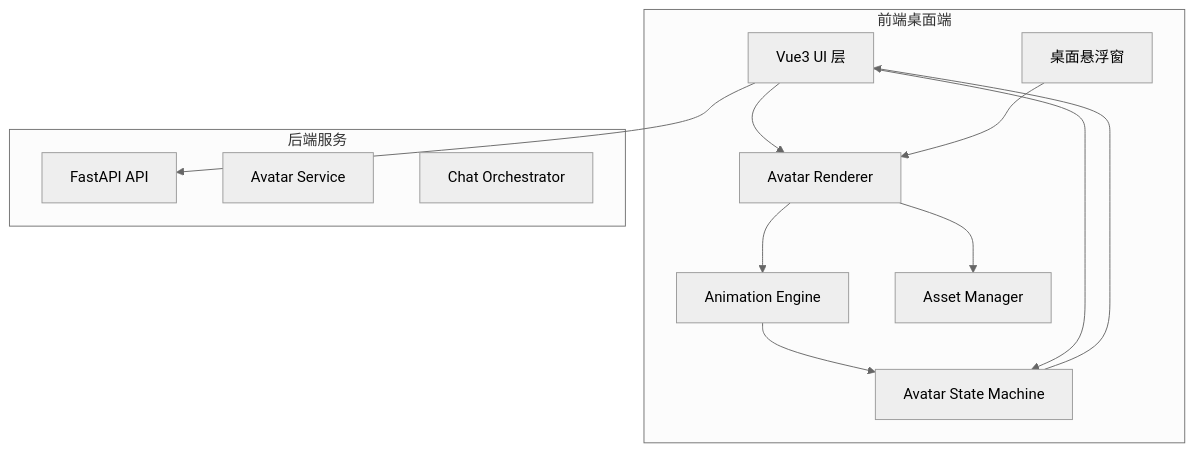
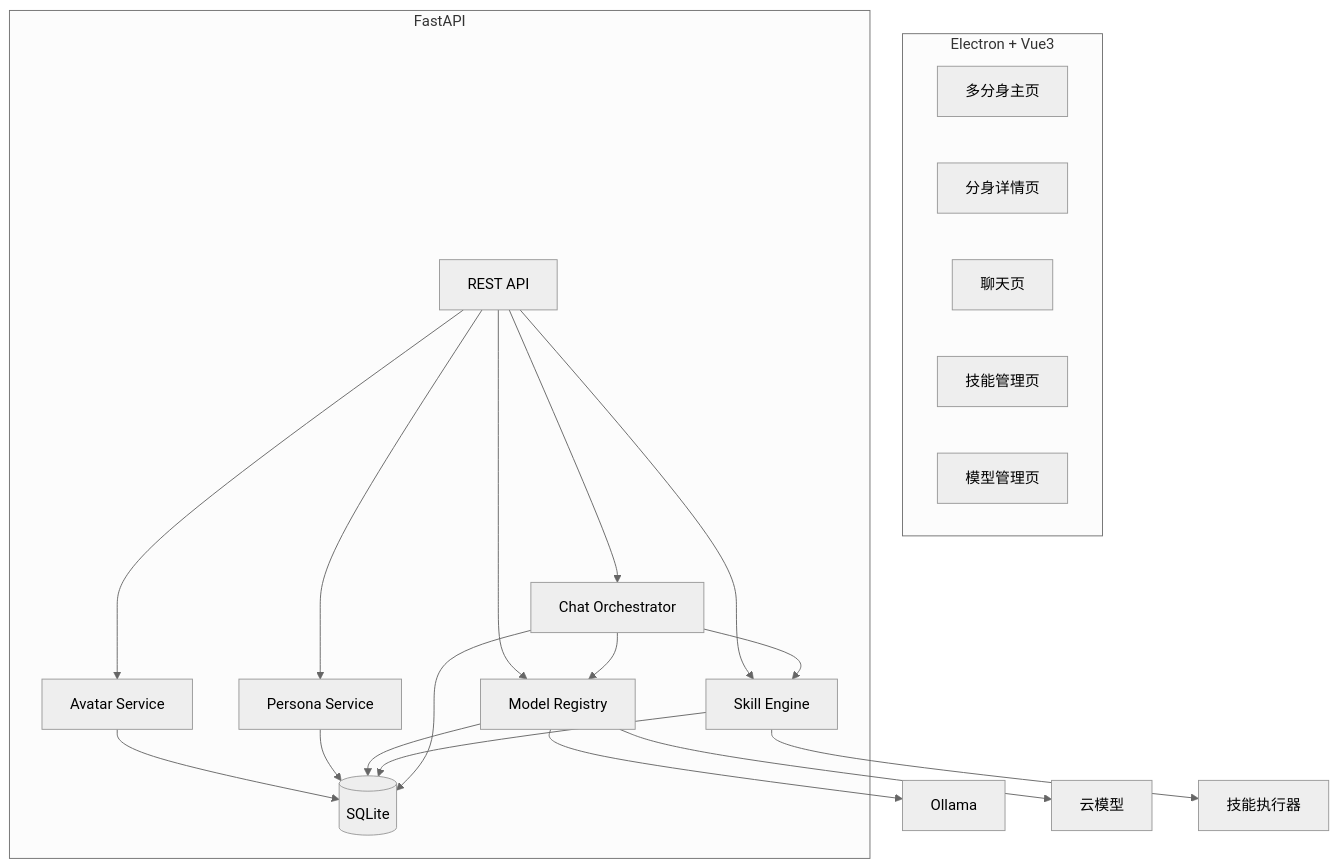
The first of 2 diagrams in Design/Phase3_增强版_设计文档.md (Mingjiexiaojiu/MultiYou), drawn with Mermaid (neutral theme) before and after one commit. The commit also changed other lines of this file and 16 other files, not shown here.

````diff
--- a/Design/Phase3_增强版_设计文档.md
+++ b/Design/Phase3_增强版_设计文档.md
@@ -73,27 +66,38 @@
 ```mermaid
 graph TD
-    subgraph 前端桌面端
-        UI[Vue3 UI 层]
-        AvatarRenderer[Avatar Renderer]
-        AnimationEngine[Animation Engine]
-        StateMachine[Avatar State Machine]
-        AssetManager[Asset Manager]
-        FloatingWindow[桌面悬浮窗]
-
-        UI --> AvatarRenderer
-        AvatarRenderer --> AnimationEngine
-        AvatarRenderer --> AssetManager
-        AnimationEngine --> StateMachine
-        FloatingWindow --> AvatarRenderer
+    subgraph Frontend [Electron + Vue3]
+        Home[多分身主页]
+        Detail[分身详情页]
+        Chat[聊天页]
+        SkillPage[技能管理页]
+        ModelPage[模型管理页]
     end
 
-    subgraph 后端服务
-        API[FastAPI API]
+    subgraph Backend [FastAPI]
+        API[REST API]
         AvatarSvc[Avatar Service]
-        ChatSvc[Chat Orchestrator]
+        PersonaSvc[Persona Service]
+        ModelRegistry[Model Registry]
+        SkillEngine[Skill Engine]
+        Orchestrator[Chat Orchestrator]
+        DB[(SQLite)]
+
+        API --> AvatarSvc
+        API --> PersonaSvc
+        API --> ModelRegistry
+        API --> SkillEngine
+        API --> Orchestrator
+
+        AvatarSvc --> DB
+        PersonaSvc --> DB
+        ModelRegistry --> DB
+        SkillEngine --> DB
+        Orchestrator --> DB
     end
 
-    UI --> API
-    StateMachine --> UI
-    UI --> StateMachine
+    ModelRegistry --> Ollama[Ollama]
+    ModelRegistry --> CloudLLM[云模型]
+    SkillEngine --> Worker[技能执行器]
+    Orchestrator --> ModelRegistry
+    Orchestrator --> SkillEngine
 ```
````
